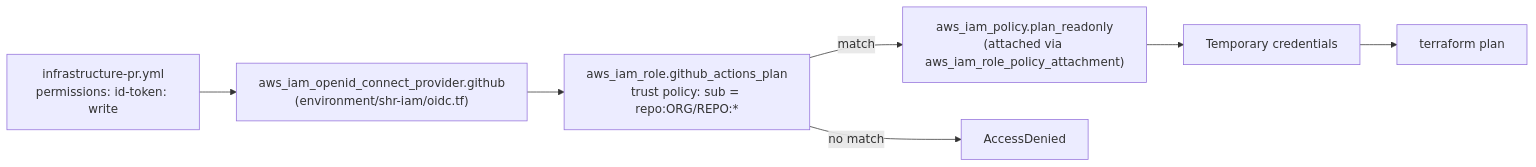
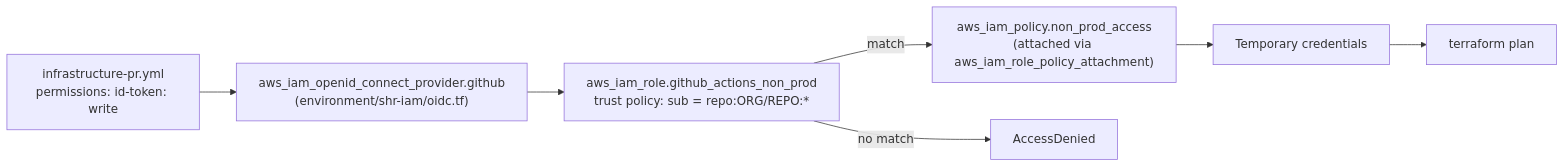
The second of 4 diagrams in OIDC-FLOW.md (NgGiaToan/testing-terraform), drawn with Mermaid before and after one commit. The commit also changed other lines of this file and 127 other files, not shown here.

````diff
--- a/OIDC-FLOW.md
+++ b/OIDC-FLOW.md
@@ -31,9 +31,9 @@
 ```mermaid
 flowchart LR
     A["infrastructure-pr.yml<br/>permissions: id-token: write"] --> B["aws_iam_openid_connect_provider.github<br/>(environment/shr-iam/oidc.tf)"]
-    B --> C["aws_iam_role.github_actions_plan<br/>trust policy: sub = repo:ORG/REPO:*"]
-    C -->|match| D["aws_iam_policy.plan_readonly<br/>(attached via aws_iam_role_policy_attachment)"]
+    B --> C["aws_iam_role.github_actions_non_prod<br/>trust policy: sub = repo:ORG/REPO:*"]
+    C -->|match| D["aws_iam_policy.non_prod_access<br/>(attached via aws_iam_role_policy_attachment)"]
     D --> E["Temporary credentials"]
     E --> F["terraform plan"]
     C -->|no match| G["AccessDenied"]
 ```
````
